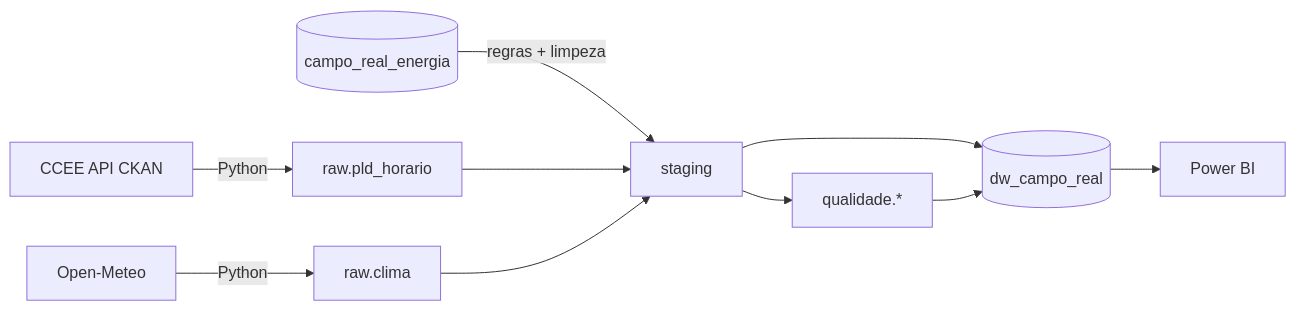
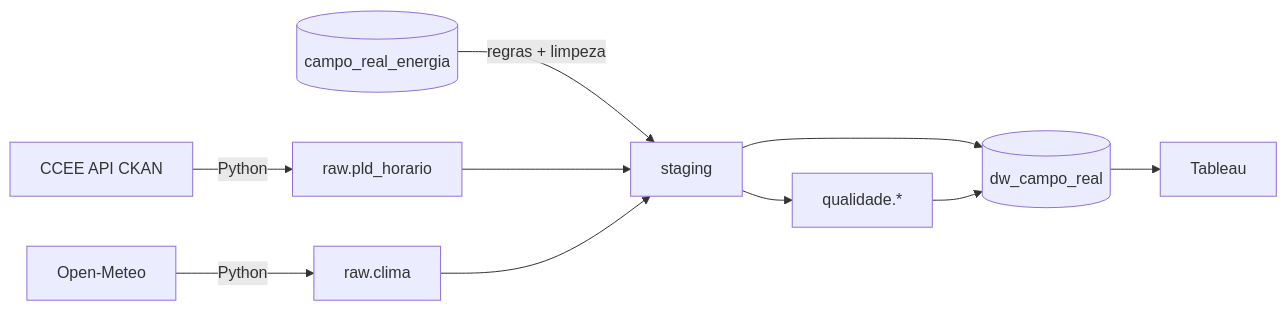
The second of 2 diagrams in docs/modelagem.md (gabrielli-basilio/CampoReal_Energia), drawn with Mermaid before and after one commit. The commit also changed other lines of this file and 1 other file, not shown here.

Commit message:
Modelagem: atualiza documentação para Tableau e período 2025-2026

````diff
--- a/docs/modelagem.md
+++ b/docs/modelagem.md
@@ -194,12 +200,12 @@
 ```mermaid
 flowchart LR
     A[CCEE API CKAN] -->|Python| R1[raw.pld_horario]
     B[Open-Meteo] -->|Python| R2[raw.clima]
     O[(campo_real_energia)] -->|regras + limpeza| S[staging]
     R1 --> S
     R2 --> S
     S --> Q[qualidade.*]
     S --> DW[(dw_campo_real)]
     Q --> DW
-    DW --> P[Power BI]
+    DW --> P[Tableau]
 ```
````
